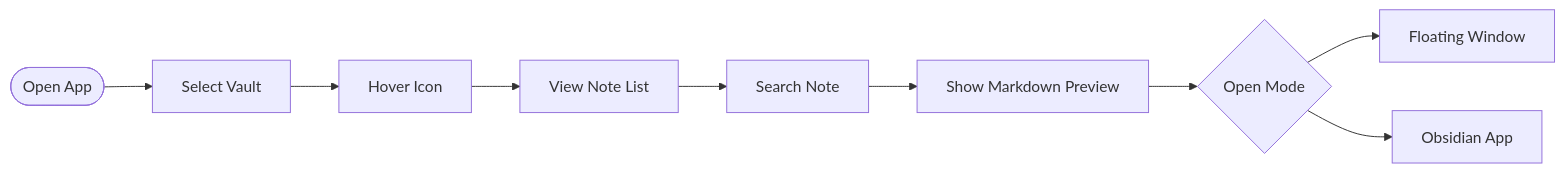
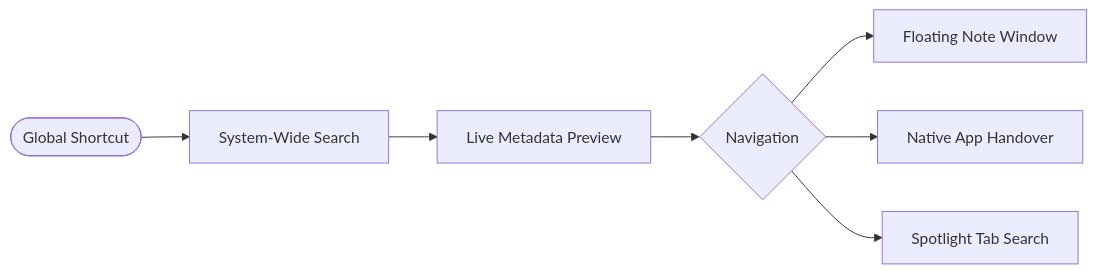
Before and after one commit to aman-senpai/NotesBar: the second of 2 diagrams in README.md, drawn with Mermaid. The commit also changed other lines of this file, not shown here.

````diff
--- a/README.md
+++ b/README.md
@@ -25,11 +25,9 @@
 ```mermaid
 graph LR
-    Start([Open App]) --> Select[Select Vault]
-    Select --> Hover[Hover Icon]
-    Hover --> List[View Note List]
-    List --> Search[Search Note]
-    Search --> Preview[Show Markdown Preview]
-    Preview --> Action{Open Mode}
-    Action --> Floating[Floating Window]
-    Action --> Obsidian[Obsidian App]
+    Start([Global Shortcut]) --> Search[System-Wide Search]
+    Search --> Preview[Live Metadata Preview]
+    Preview --> Action{Navigation}
+    Action --> Floating[Floating Note Window]
+    Action --> Native[Native App Handover]
+    Action --> Spotlight[Spotlight Tab Search]
 ```
````
